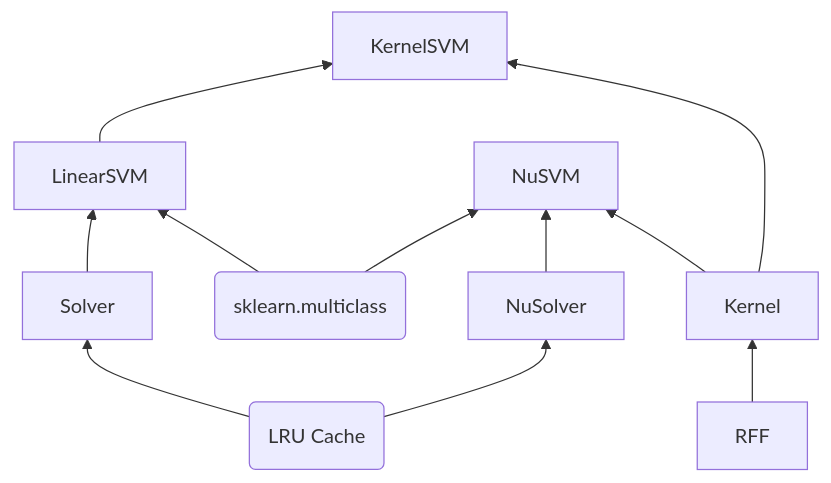
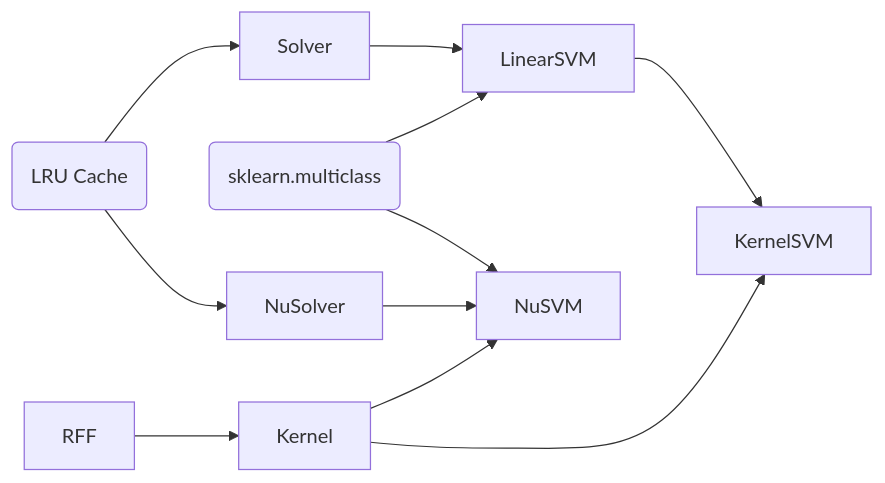
The second of 2 diagrams in README.md (Kaslanarian/PySVM), drawn with Mermaid before and after one commit. The commit also changed other lines of this file and 2 other files, not shown here.

````diff
--- a/README.md
+++ b/README.md
@@ -59,13 +67,13 @@
 ```mermaid
-graph BT
+graph LR
 	cache(LRU Cache) --> Solver
 	Solver --> LinearSVM
 	LinearSVM --> KernelSVM
 	Kernel --> KernelSVM
 	RFF --> Kernel
 	mc(sklearn.multiclass) --> LinearSVM
 	mc --> NuSVM
 	NuSolver --> NuSVM
 	Kernel --> NuSVM
 	cache --> NuSolver
 ```
````
